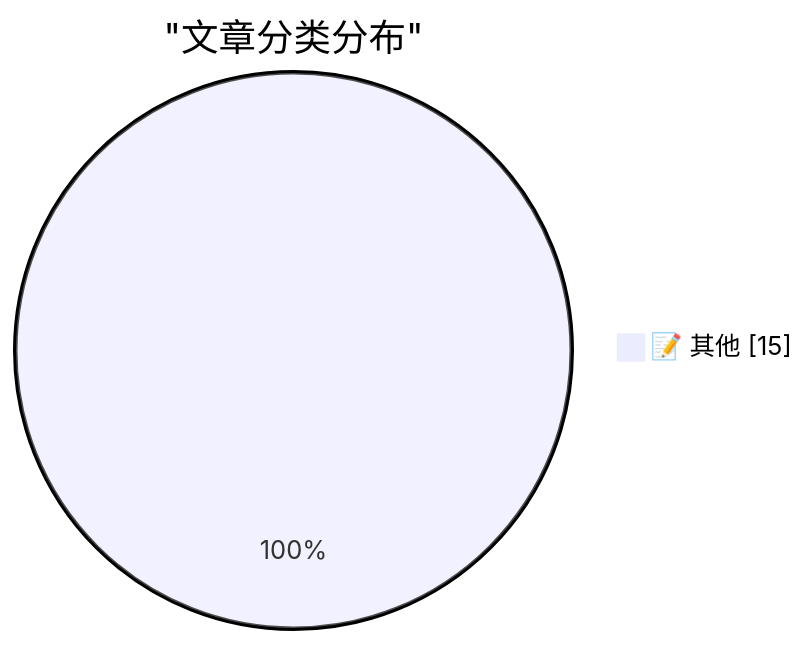
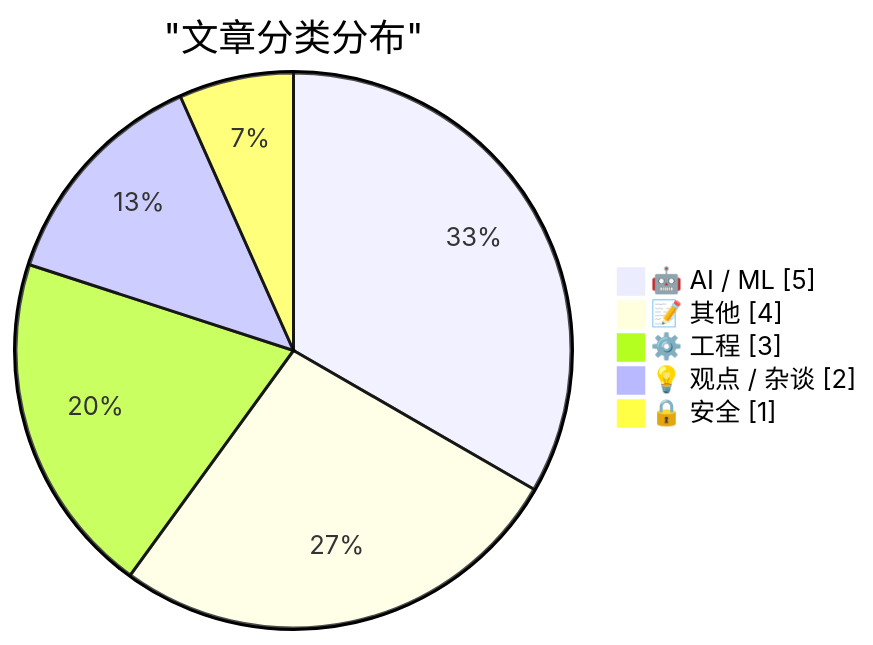
One commit to Yeadon8888/digest-news-viewer changed the first of 2 diagrams in public/data/digest-latest.md. Above: the diagram before and after it, drawn with Mermaid. The commit also changed other lines of this file, not shown here.

````diff
--- a/public/data/digest-latest.md
+++ b/public/data/digest-latest.md
@@ -35,5 +53,9 @@
 ```mermaid
 pie showData
     title "文章分类分布"
-    "📝 其他" : 15
+    "🤖 AI / ML" : 5
+    "📝 其他" : 4
+    "⚙️ 工程" : 3
+    "💡 观点 / 杂谈" : 2
+    "🔒 安全" : 1
 ```
````
